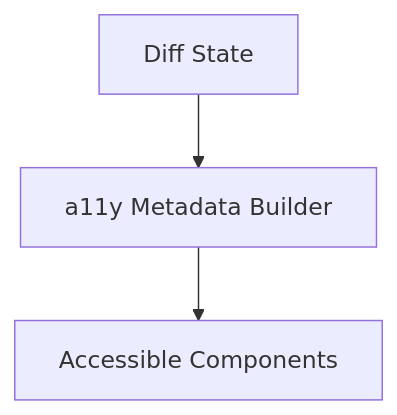
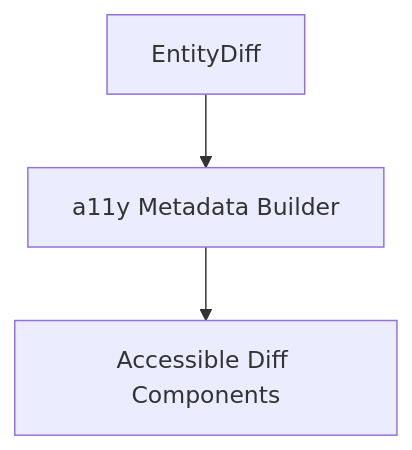
Before and after one commit to bartytime4life/Kansas-Frontier-Matrix: the sixth of 6 diagrams in web/src/entities/diff-first/hooks/README.md, drawn with Mermaid. The commit also changed other lines of this file, not shown here.

````diff
--- a/web/src/entities/diff-first/hooks/README.md
+++ b/web/src/entities/diff-first/hooks/README.md
@@ -194,5 +294,5 @@
-```mermaid
+~~~mermaid
 flowchart TD
-    DIFFSTATE[Diff State] --> A11Y[a11y Metadata Builder]
-    A11Y --> UI[Accessible Components]
-```
+    DIFFSTATE[EntityDiff] --> A11Y[a11y Metadata Builder]
+    A11Y --> UI[Accessible Diff Components]
+~~~
````
